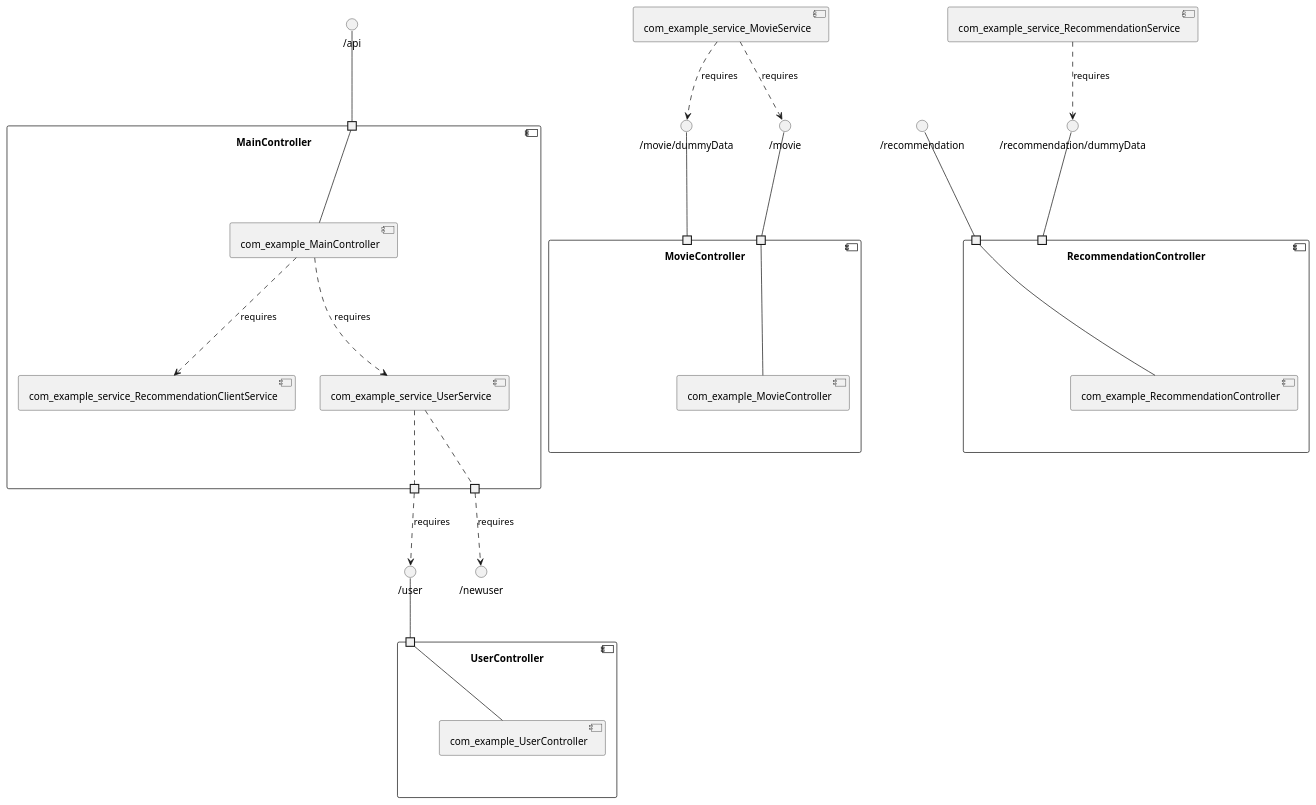
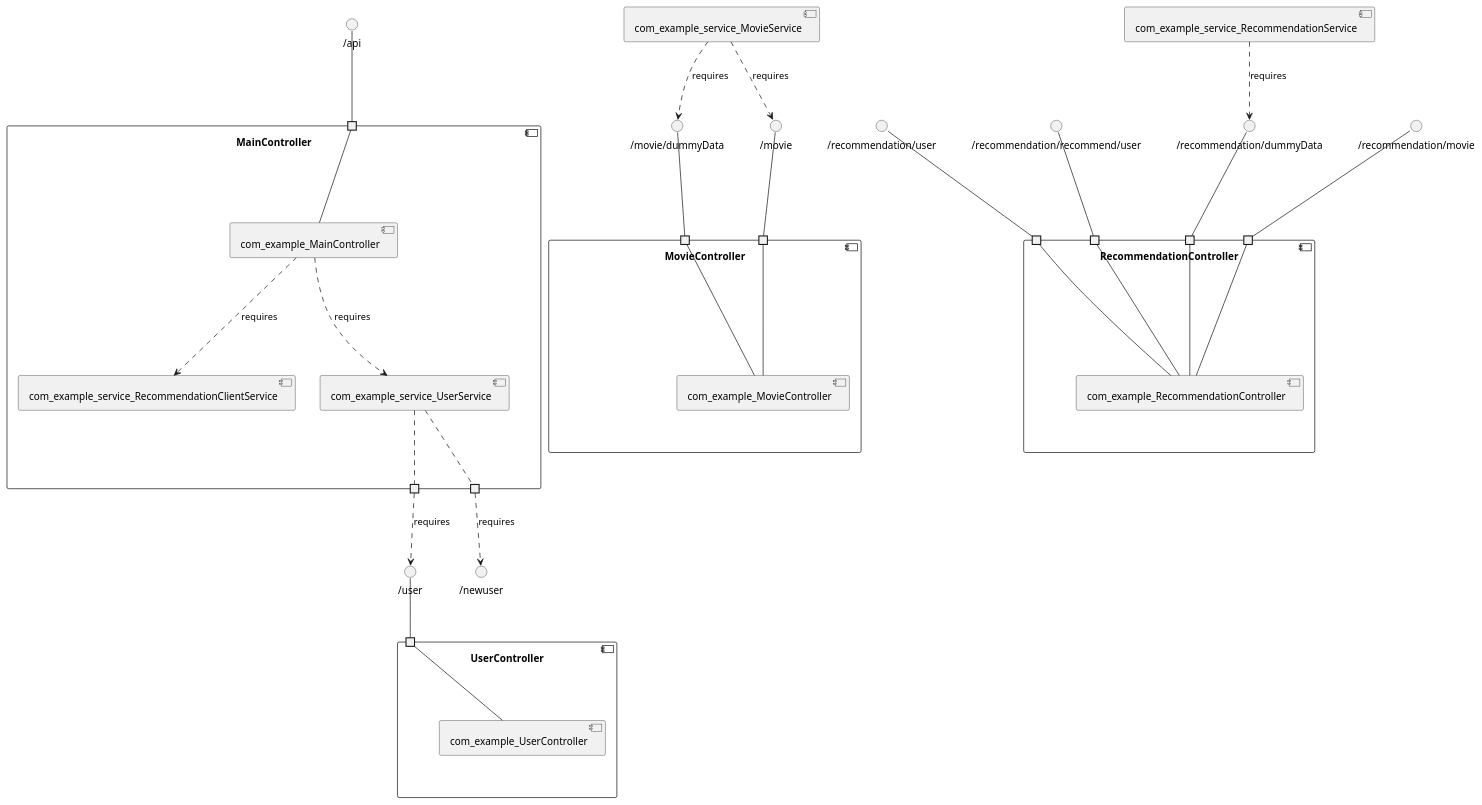
One commit to View-Based-Reverse-Engineering/Retriever-Benchmark changed the diagram in spring-cloud-movie-recommendation/model_re/uml/componentDiagram.puml. Above: the diagram before and after it, drawn with PlantUML. The commit also changed 135 other files, not shown here.

```diff
--- a/spring-cloud-movie-recommendation/model_re/uml/componentDiagram.puml
+++ b/spring-cloud-movie-recommendation/model_re/uml/componentDiagram.puml
@@ -1,56 +1,66 @@
 @startuml
 skinparam fixCircleLabelOverlapping true
 component "MainController\n\n\n\n\n\n" {
 [com_example_service_UserService]
 [com_example_MainController]
 [com_example_service_RecommendationClientService]
 portin " " as MainController.requires._api
 portout " " as MainController.provides._user
 portout " " as MainController.provides._newuser
 [com_example_MainController]..>[com_example_service_UserService] : requires
 [com_example_MainController]..>[com_example_service_RecommendationClientService] : requires
 "MainController.requires._api"--[com_example_MainController]
 [com_example_service_UserService].."MainController.provides._user"
 [com_example_service_UserService].."MainController.provides._newuser"
 }
 interface "/api" as interface._api
 interface._api--"MainController.requires._api"
 interface "/user" as interface._user
 "MainController.provides._user"..>interface._user : requires
 interface "/newuser" as interface._newuser
 "MainController.provides._newuser"..>interface._newuser : requires
 component "MovieController\n\n\n\n\n\n" {
 [com_example_MovieController]
+portin " " as MovieController.requires._movie
 portin " " as MovieController.requires._movie_dummyData
-portin " " as MovieController.requires._movie
+"MovieController.requires._movie_dummyData"--[com_example_MovieController]
 "MovieController.requires._movie"--[com_example_MovieController]
 }
 interface "/movie/dummyData" as interface._movie_dummyData
 interface._movie_dummyData--"MovieController.requires._movie_dummyData"
 interface "/movie" as interface._movie
 interface._movie--"MovieController.requires._movie"
 component "RecommendationController\n\n\n\n\n\n" {
 [com_example_RecommendationController]
 portin " " as RecommendationController.requires._recommendation_dummyData
-portin " " as RecommendationController.requires._recommendation
-"RecommendationController.requires._recommendation"--[com_example_RecommendationController]
+portin " " as RecommendationController.requires._recommendation_movie
+portin " " as RecommendationController.requires._recommendation_user
+portin " " as RecommendationController.requires._recommendation_recommend_user
+"RecommendationController.requires._recommendation_user"--[com_example_RecommendationController]
+"RecommendationController.requires._recommendation_dummyData"--[com_example_RecommendationController]
+"RecommendationController.requires._recommendation_recommend_user"--[com_example_RecommendationController]
+"RecommendationController.requires._recommendation_movie"--[com_example_RecommendationController]
 }
+interface "/recommendation/user" as interface._recommendation_user
+interface._recommendation_user--"RecommendationController.requires._recommendation_user"
 interface "/recommendation/dummyData" as interface._recommendation_dummyData
 interface._recommendation_dummyData--"RecommendationController.requires._recommendation_dummyData"
-interface "/recommendation" as interface._recommendation
-interface._recommendation--"RecommendationController.requires._recommendation"
+interface "/recommendation/recommend/user" as interface._recommendation_recommend_user
+interface._recommendation_recommend_user--"RecommendationController.requires._recommendation_recommend_user"
+interface "/recommendation/movie" as interface._recommendation_movie
+interface._recommendation_movie--"RecommendationController.requires._recommendation_movie"
 component "UserController\n\n\n\n\n\n" {
 [com_example_UserController]
 portin " " as UserController.requires._user
 "UserController.requires._user"--[com_example_UserController]
 }
 interface "/user" as interface._user
 interface._user--"UserController.requires._user"
 interface "/movie" as interface._movie
 [com_example_service_MovieService]..>interface._movie : requires
 interface "/movie/dummyData" as interface._movie_dummyData
 [com_example_service_MovieService]..>interface._movie_dummyData : requires
 interface "/recommendation/dummyData" as interface._recommendation_dummyData
 [com_example_service_RecommendationService]..>interface._recommendation_dummyData : requires
 
 @enduml
```
